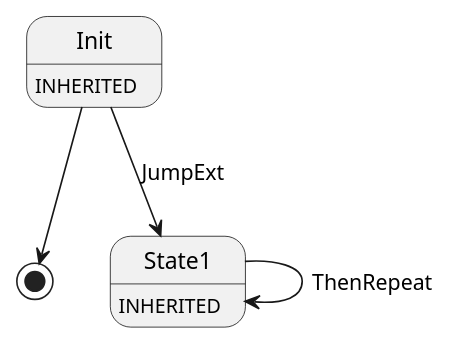
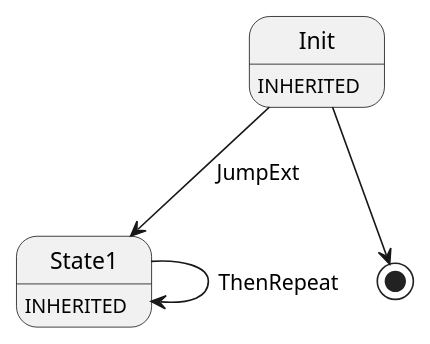
Before and after one commit to insolar/assured-ledger: the diagram in ledger-core/conveyor/smachine/main/example/catalogC.plantuml, drawn with PlantUML. The commit also changed other lines of this file and 10 other files, not shown here.

```diff
--- a/ledger-core/conveyor/smachine/main/example/catalogC.plantuml
+++ b/ledger-core/conveyor/smachine/main/example/catalogC.plantuml
@@ -1,7 +1,7 @@
 @startuml
 Init : INHERITED
+Init --> State1 : JumpExt
 Init --> [*]
-Init --> State1 : JumpExt
 State1 : INHERITED
 State1 --> State1 : ThenRepeat
 @enduml
```
